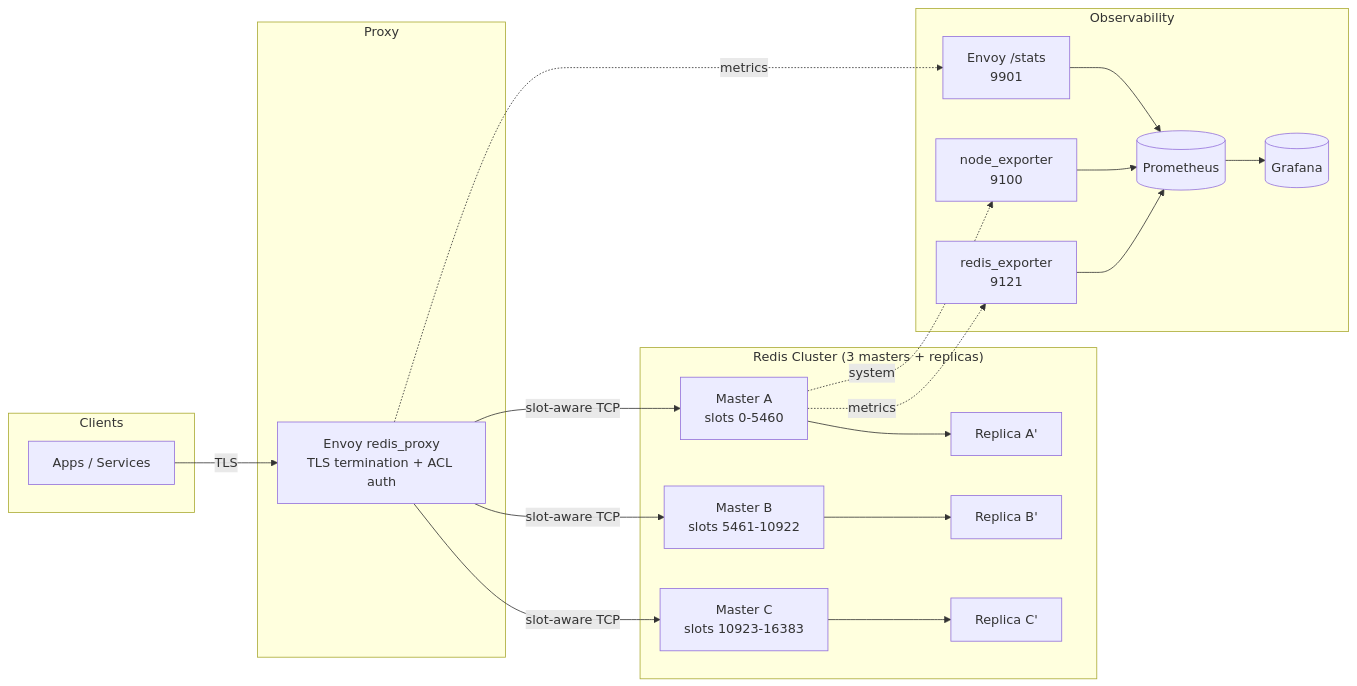
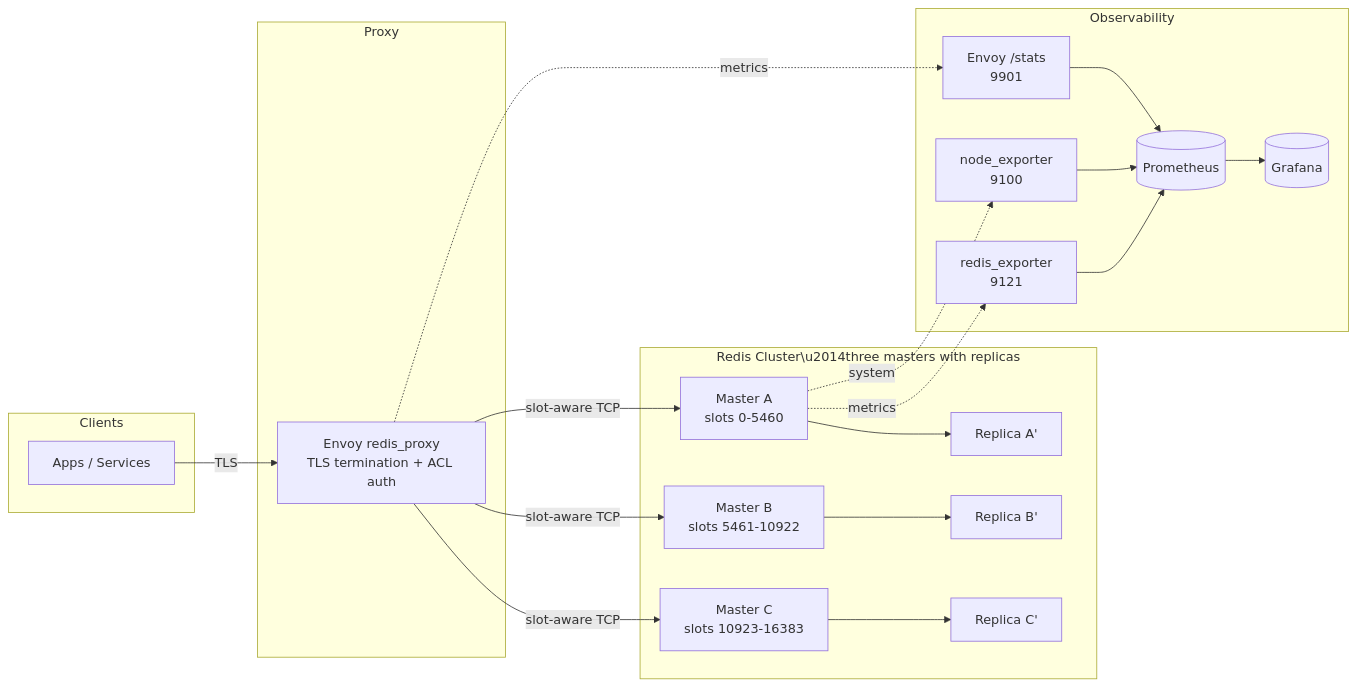
Before and after one commit to siyamsarker/RedisForge: the first of 3 diagrams in README.md, drawn with Mermaid.

Commit message:
docs: tweak architecture diagram label

````diff
--- a/README.md
+++ b/README.md
@@ -54,40 +54,40 @@
 ```mermaid
 flowchart LR
     subgraph Clients
         A[Apps / Services]
     end
     subgraph Proxy
         B[Envoy redis_proxy<br/>TLS termination + ACL auth]
     end
-    subgraph RedisCluster["Redis Cluster (3 masters + replicas)"]
+    subgraph RedisCluster["Redis Cluster\u2014three masters with replicas"]
         C1[Master A<br/>slots 0-5460]
         C2[Master B<br/>slots 5461-10922]
         C3[Master C<br/>slots 10923-16383]
         R1[Replica A']
         R2[Replica B']
         R3[Replica C']
     end
     subgraph Observability
         P1[redis_exporter<br/>9121]
         P2[node_exporter<br/>9100]
         P3[Envoy /stats<br/>9901]
         Grafana[(Grafana)]
         Prometheus[(Prometheus)]
     end
 
     A -->|TLS| B
     B -->|slot-aware TCP| C1
     B -->|slot-aware TCP| C2
     B -->|slot-aware TCP| C3
     C1 --> R1
     C2 --> R2
     C3 --> R3
 
     C1 -. metrics .-> P1
     C1 -. system .-> P2
     B -. metrics .-> P3
     P1 --> Prometheus
     P2 --> Prometheus
     P3 --> Prometheus
     Prometheus --> Grafana
 ```
````
